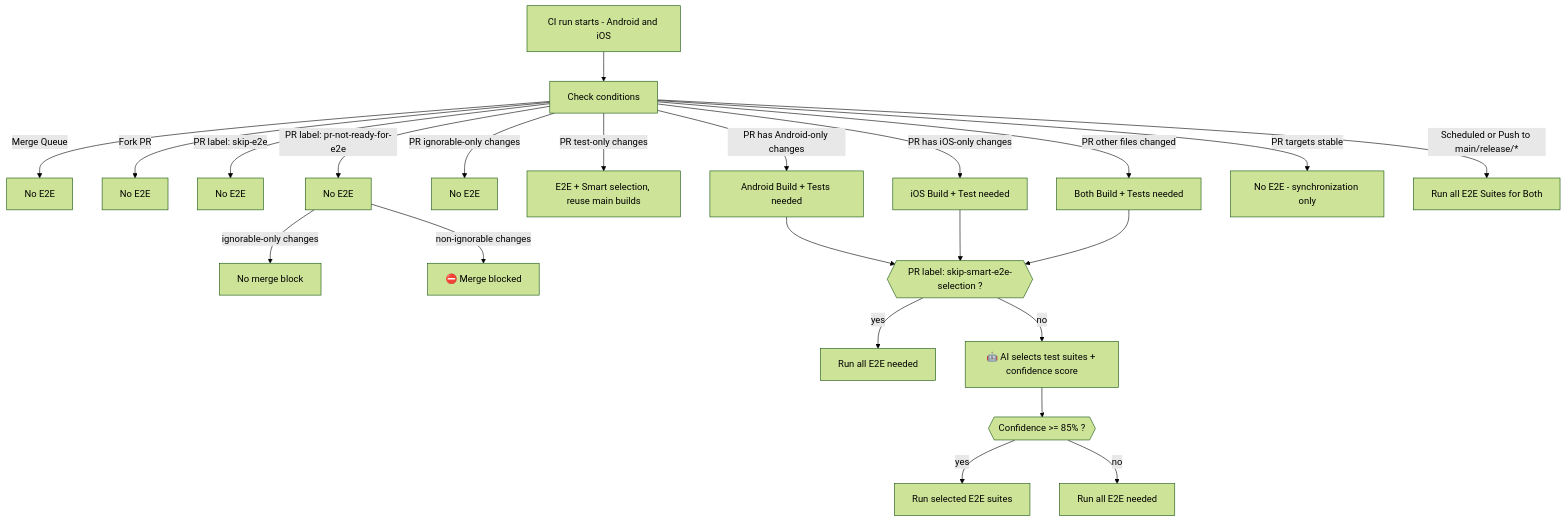
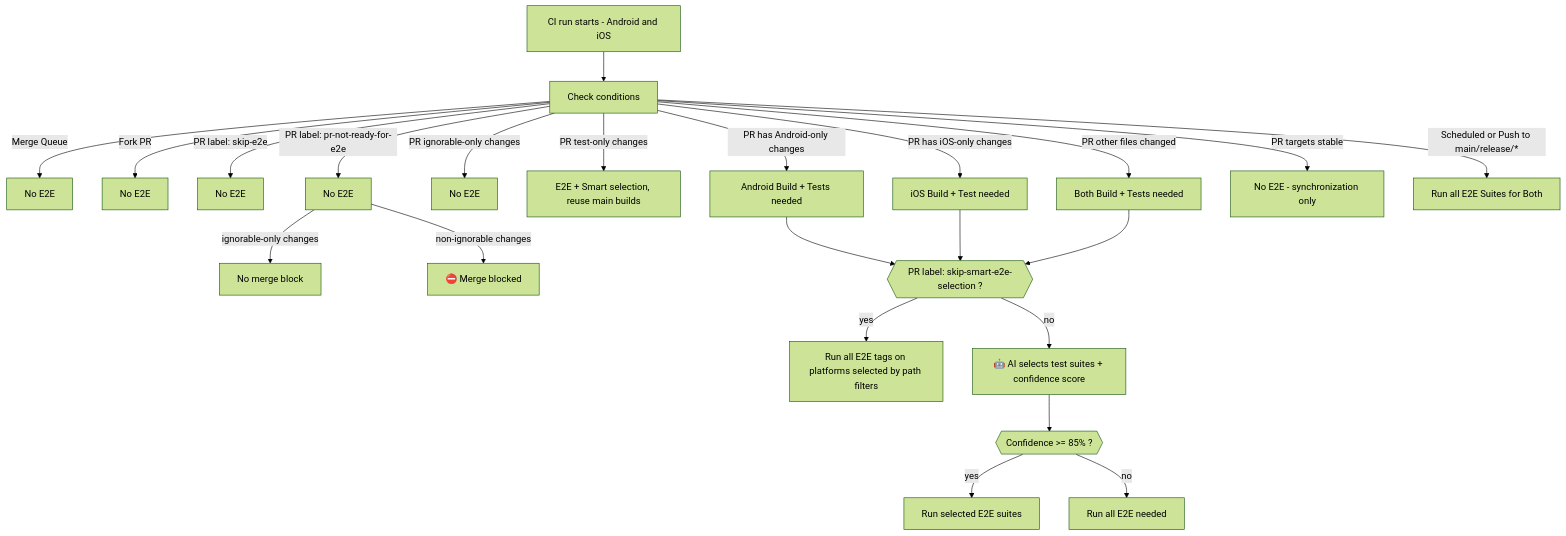
One commit to MetaMask/metamask-mobile changed the diagram in .github/guidelines/E2E_DECISION_TREE.md. Above: the diagram before and after it, drawn with Mermaid (forest theme). The commit also changed other lines of this file and 6 other files, not shown here.

First line of the commit message:
ci: run full E2E on both platforms when skip-smart-e2e-selection is applied (#35187)

````diff
--- a/.github/guidelines/E2E_DECISION_TREE.md
+++ b/.github/guidelines/E2E_DECISION_TREE.md
@@ -5,24 +5,24 @@
 ```mermaid
 flowchart TD
     CI[CI run starts - Android and iOS] --> GR[Check conditions]
     GR -->|Merge Queue | MQ[No E2E]
     GR -->|Fork PR| FK[No E2E]
     GR -->|PR label: skip-e2e| HS[No E2E]
     GR -->|PR label: pr-not-ready-for-e2e| L2[No E2E]
     L2 -->|ignorable-only changes| NoBlock[No merge block]
     L2 -->|non-ignorable changes| Skip2[⛔️ Merge blocked]
     GR -->|PR ignorable-only changes| Ignorable[No E2E]
     GR -->|PR test-only changes| TestOnly[E2E + Smart selection, reuse main builds]
     GR -->|PR has Android-only changes| Android[Android Build + Tests needed]
     GR -->|PR has iOS-only changes| iOS[iOS Build + Test needed]
     GR -->|PR other files changed| Both[Both Build + Tests needed]
     GR -->|PR targets stable| StableSync[No E2E - synchronization only]
     GR -->|Scheduled or Push to main/release/*| Full[Run all E2E Suites for Both]
 
     Android & iOS & Both --> LABEL{{PR label: skip-smart-e2e-selection ?}}
-    LABEL -->|yes| AllTags[Run all E2E needed]
+    LABEL -->|yes| AllTags[Run all E2E tags on platforms selected by path filters]
     LABEL -->|no| AI[🤖 AI selects test suites + confidence score]
     AI --> CONF{{Confidence >= 85% ?}}
     CONF -->|yes| SelectedTags[Run selected E2E suites]
     CONF -->|no| AllTagsFallback[Run all E2E needed]
 ```
````
